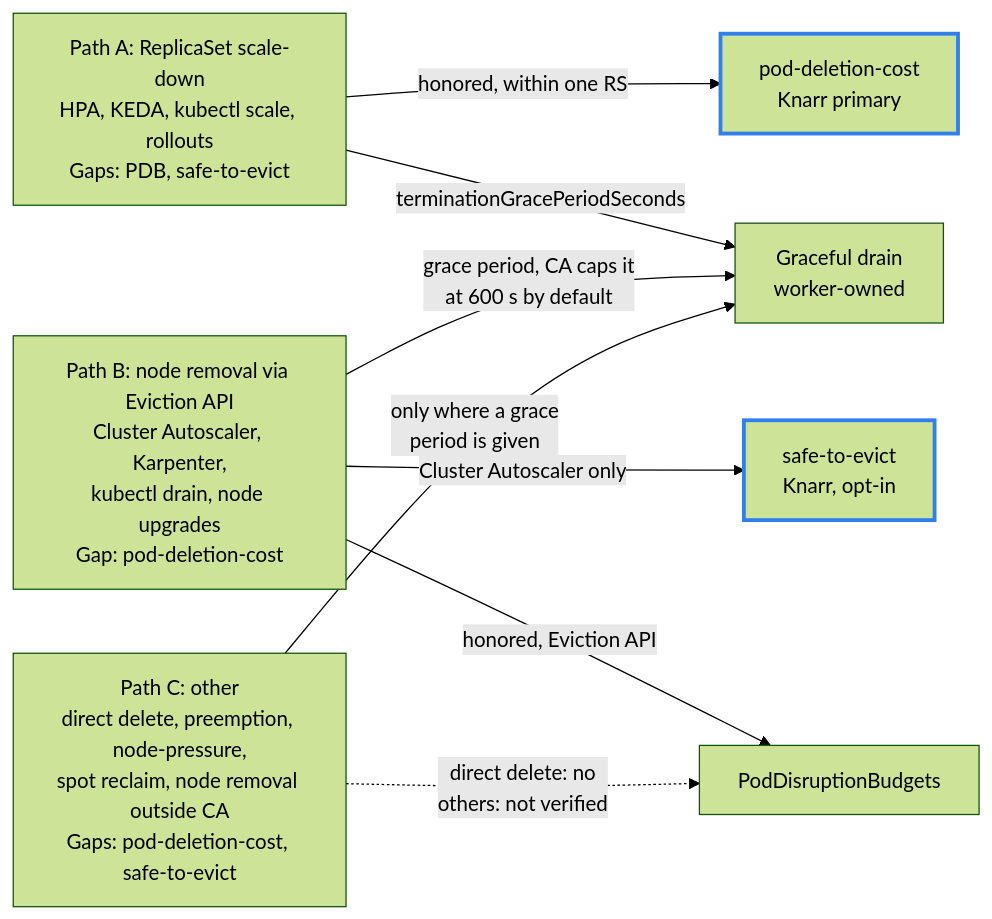
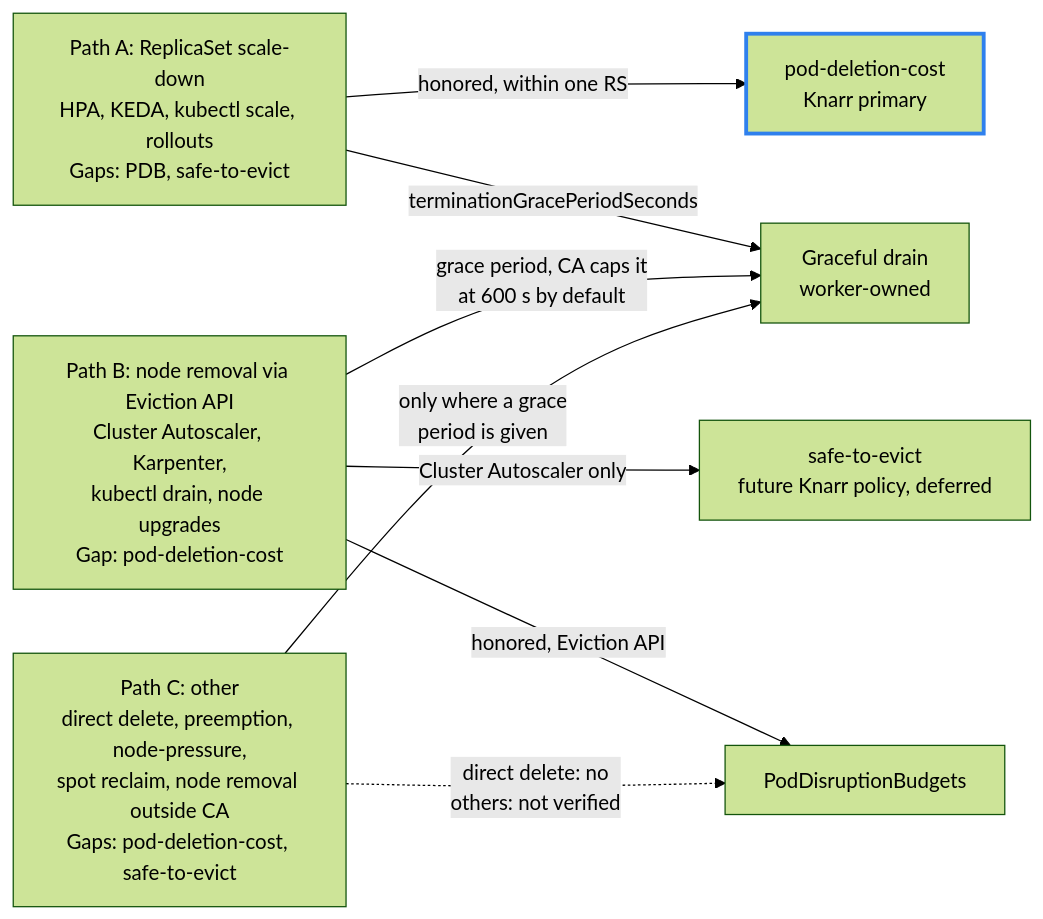
Before and after one commit to BiscuitBin/knarr: the second of 10 diagrams in docs/OVERVIEW.md, drawn with Mermaid (forest theme). The commit also changed other lines of this file and 10 other files, not shown here.

````diff
--- a/docs/OVERVIEW.md
+++ b/docs/OVERVIEW.md
@@ -82,18 +84,18 @@
 ```mermaid
 flowchart LR
     PA["Path A: ReplicaSet scale-down<br/>HPA, KEDA, kubectl scale, rollouts<br/>Gaps: PDB, safe-to-evict"]
     PB["Path B: node removal via Eviction API<br/>Cluster Autoscaler, Karpenter,<br/>kubectl drain, node upgrades<br/>Gap: pod-deletion-cost"]
     PC["Path C: other<br/>direct delete, preemption, node-pressure,<br/>spot reclaim, node removal outside CA<br/>Gaps: pod-deletion-cost, safe-to-evict"]
     COST["pod-deletion-cost<br/>Knarr primary"]:::knarr
-    STE["safe-to-evict<br/>Knarr, opt-in"]:::knarr
+    STE["safe-to-evict<br/>future Knarr policy, deferred"]
     PDB[PodDisruptionBudgets]
     DR["Graceful drain<br/>worker-owned"]
     PA -- "honored, within one RS" --> COST
     PB -- "Cluster Autoscaler only" --> STE
     PB -- "honored, Eviction API" --> PDB
     PC -. "direct delete: no<br/>others: not verified" .-> PDB
     PA -- "terminationGracePeriodSeconds" --> DR
     PB -- "grace period, CA caps it<br/>at 600 s by default" --> DR
     PC -- "only where a grace<br/>period is given" --> DR
     classDef knarr stroke:#2f80ed,stroke-width:3px
 ```
````
